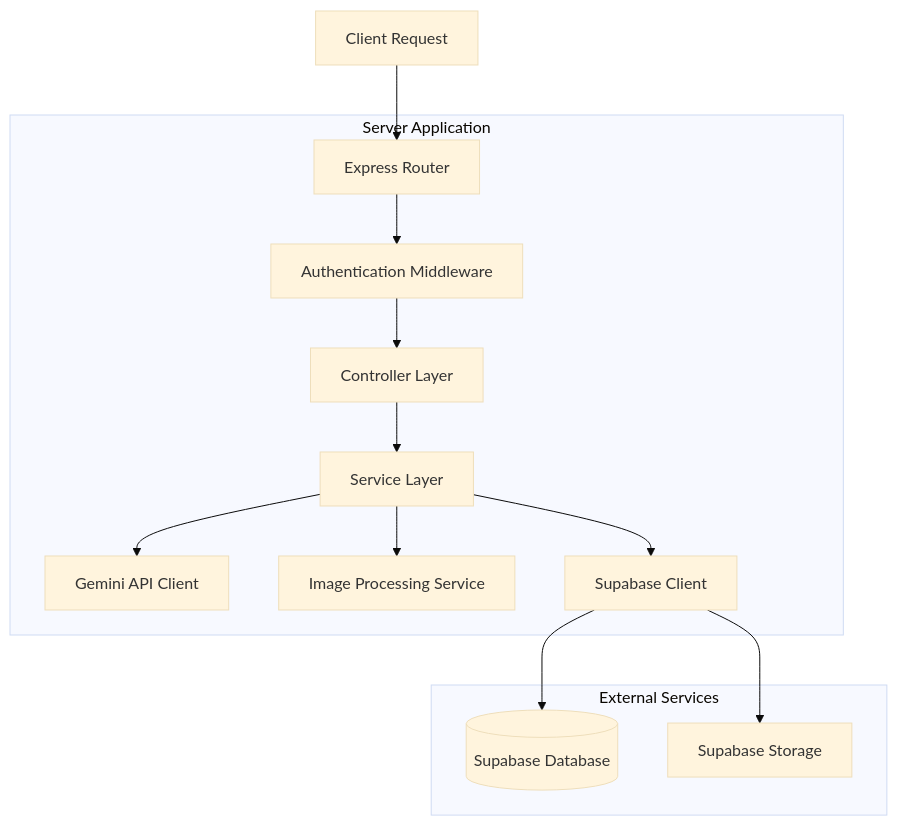
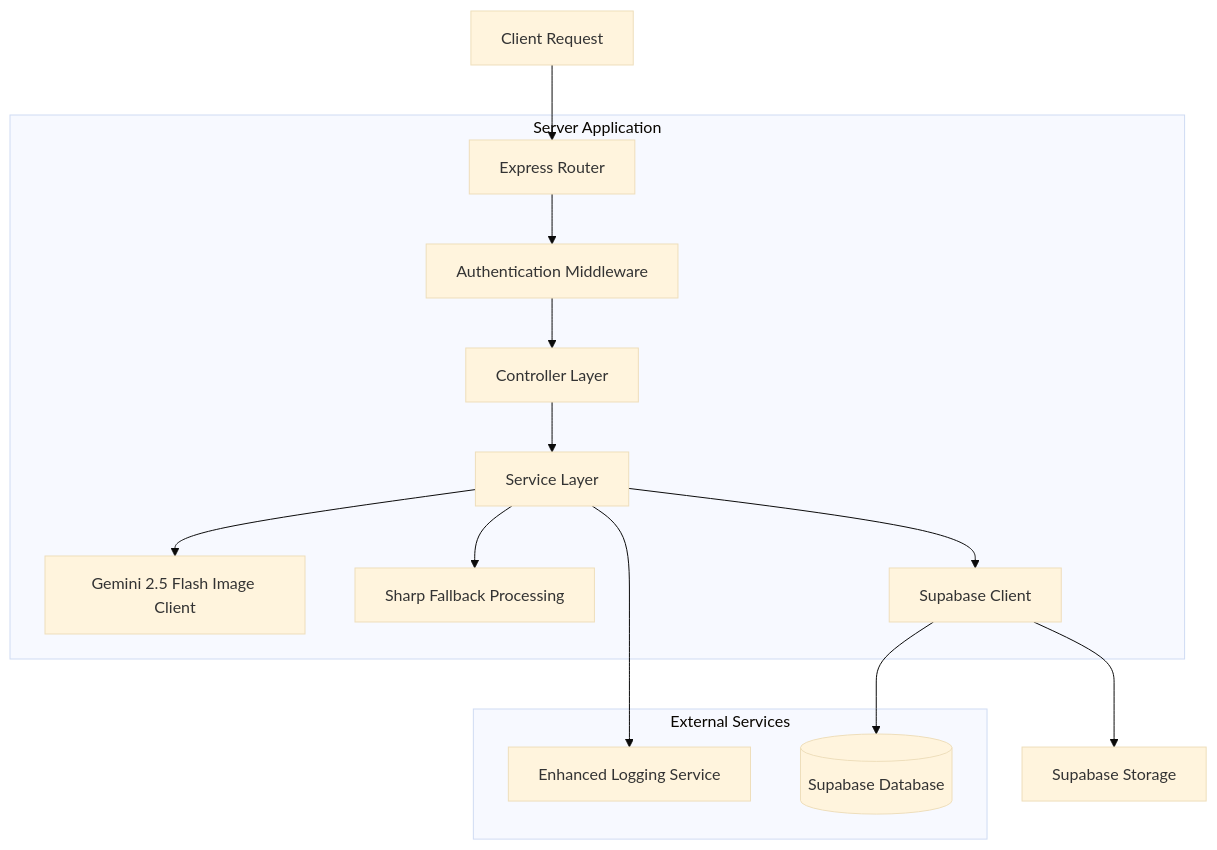
One commit to ambershen/trae-solo-nano-banana-demo changed the second of 4 diagrams in .trae/documents/technical_architecture.md. Above: the diagram before and after it, drawn with Mermaid (base theme). The commit also changed other lines of this file and 33 other files, not shown here.

First line of the commit message:
feat(editor): implement new AI image effects and streamline editor flow

````diff
--- a/.trae/documents/technical_architecture.md
+++ b/.trae/documents/technical_architecture.md
@@ -148,27 +171,28 @@
 ```mermaid
 graph TD
   A[Client Request] --> B[Express Router]
   B --> C[Authentication Middleware]
   C --> D[Controller Layer]
   D --> E[Service Layer]
-  E --> F[Gemini API Client]
-  E --> G[Image Processing Service]
+  E --> F[Gemini 2.5 Flash Image Client]
+  E --> G[Sharp Fallback Processing]
   E --> H[Supabase Client]
-  H --> I[(Supabase Database)]
-  H --> J[Supabase Storage]
+  E --> I[Enhanced Logging Service]
+  H --> J[(Supabase Database)]
+  H --> K[Supabase Storage]
 
   subgraph "Server Application"
     B
     C
     D
     E
     F
     G
     H
   end
 
   subgraph "External Services"
     I
     J
   end
 ```
````
